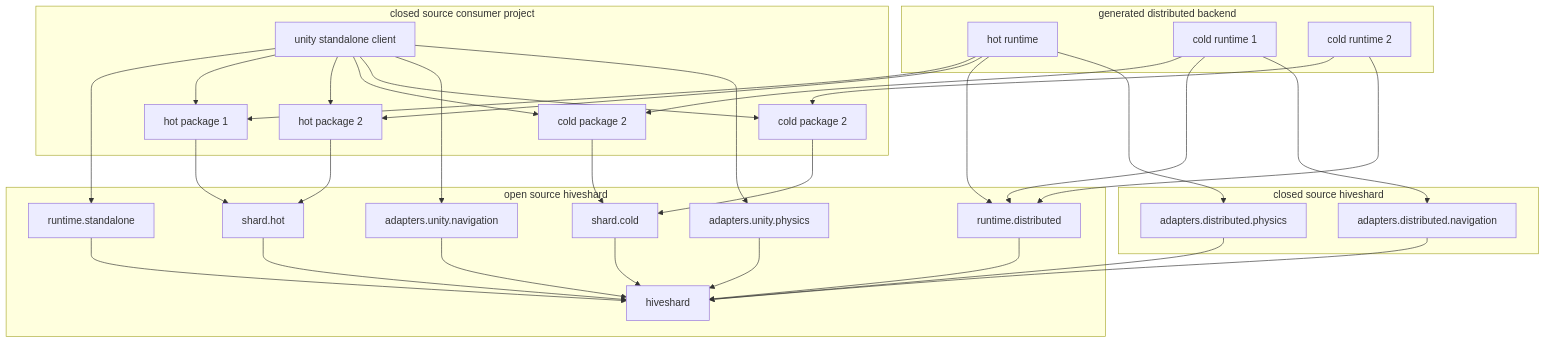
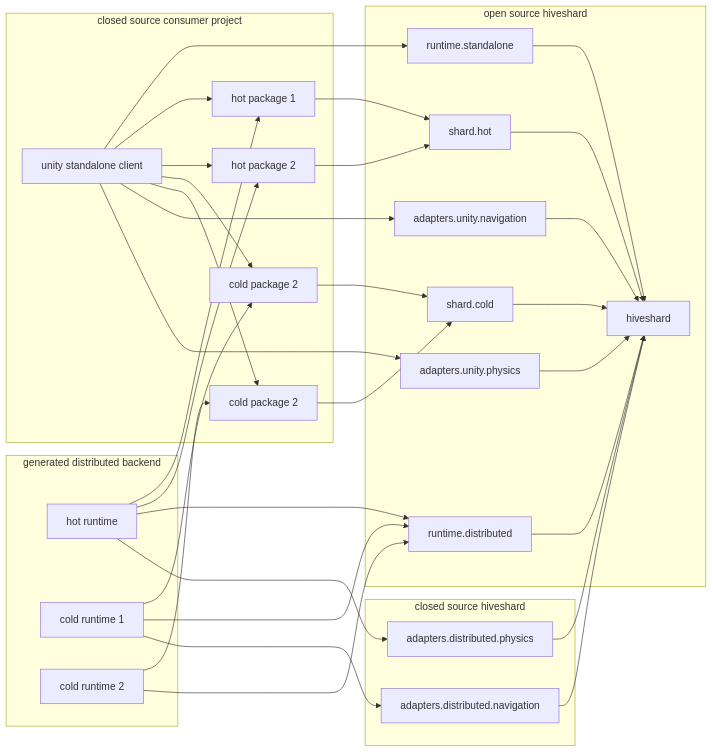
The diagram in docs/docs/components.md (hiveshard/HiveShard), drawn with Mermaid before and after one commit. The commit also changed 3 other files, not shown here.

````diff
--- a/docs/docs/components.md
+++ b/docs/docs/components.md
@@ -16,63 +16,63 @@
 ```mermaid
-flowchart TD
+flowchart LR
     subgraph consumer[closed source consumer project]
         hot1[hot package 1]
         hot2[hot package 2]
         cold1[cold package 2]
         cold2[cold package 2]
         unity[unity standalone client]
     end
 
     subgraph generated[generated distributed backend]
         c_hot[hot runtime]
         c_cold1[cold runtime 1]
         c_cold2[cold runtime 2]
     end
 
     subgraph open_hiveshard[open source hiveshard]
         cold[shard.cold]
         hot[shard.hot]
         hiveshard[hiveshard]
         runtime.standalone[runtime.standalone]
         runtime.distributed[runtime.distributed]
         unity_navigation[adapters.unity.navigation]
         unity_physics[adapters.unity.physics]
     end
 
     subgraph closed_hiveshard[closed source hiveshard]
         distributed_navigation[adapters.distributed.navigation]
         distributed_physics[adapters.distributed.physics]
     end
 
 
     hot --> hiveshard
     cold --> hiveshard
     runtime.standalone --> hiveshard
     runtime.distributed --> hiveshard
     unity_navigation --> hiveshard
     unity_physics --> hiveshard
     distributed_navigation --> hiveshard
     distributed_physics --> hiveshard
 
     hot1 --> hot
     hot2 --> hot
     cold1 --> cold
     cold2 --> cold
     unity --> runtime.standalone
     unity --> hot1
     unity --> hot2
     unity --> cold1
     unity --> cold2
     unity --> unity_navigation
     unity --> unity_physics
 
     c_hot --> hot1
     c_hot --> hot2
     c_hot --> runtime.distributed
     c_hot --> distributed_physics
     c_cold1 --> cold1
     c_cold1 --> runtime.distributed
     c_cold1 --> distributed_navigation
     c_cold2 --> cold2
     c_cold2 --> runtime.distributed
 ```
````
